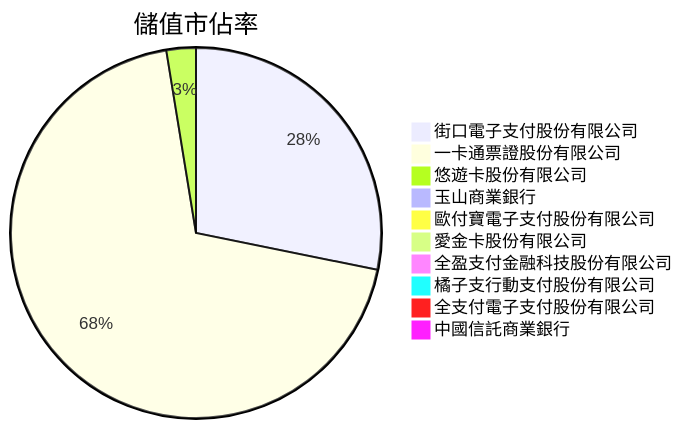
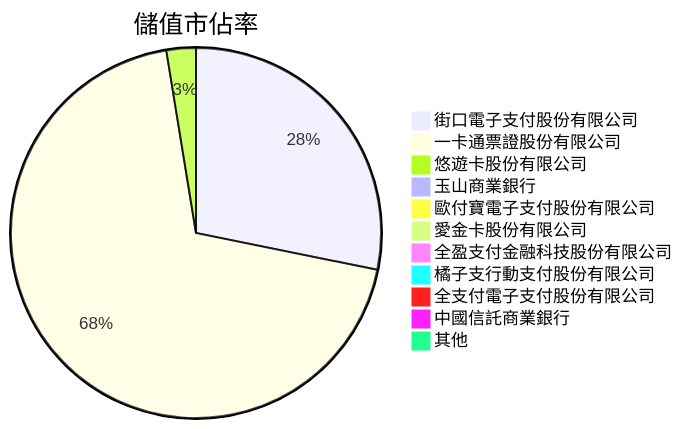
One commit to MichaelNien/ElectronicPaymentInstitutionsAnalyze changed the fourth of 5 diagrams in report/11108.md. Above: the diagram before and after it, drawn with Mermaid. The commit also changed other lines of this file, not shown here.

````diff
--- a/report/11108.md
+++ b/report/11108.md
@@ -78,13 +81,14 @@
 ```mermaid
 pie title 儲值市佔率
     "街口電子支付股份有限公司" : 6448229
     "一卡通票證股份有限公司" : 15840427
     "悠遊卡股份有限公司" : 587888
     "玉山商業銀行" : 29333
     "歐付寶電子支付股份有限公司" : 5002
     "愛金卡股份有限公司" : 200924
     "全盈支付金融科技股份有限公司" : 61041
     "橘子支行動支付股份有限公司" : 41353
     "全支付電子支付股份有限公司" : 31651
     "中國信託商業銀行" : 0
+    "其他" : 1387
 ```
````
